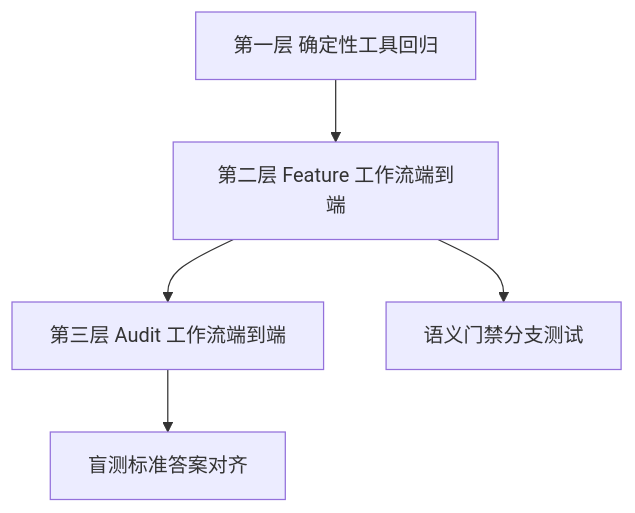
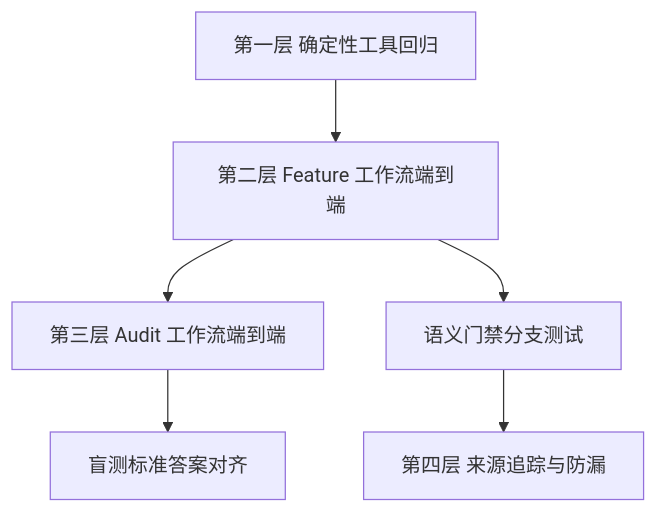
Before and after one commit to mickorz/spec-kit-workflow: the diagram in docs/ears-manual-testing.md, drawn with Mermaid. The commit also changed other lines of this file and 10 other files, not shown here.

````diff
--- a/docs/ears-manual-testing.md
+++ b/docs/ears-manual-testing.md
@@ -25,7 +26,8 @@
 ```mermaid
 flowchart TD
     A[第一层 确定性工具回归] --> B[第二层 Feature 工作流端到端]
     B --> C[第三层 Audit 工作流端到端]
     B --> D[语义门禁分支测试]
     C --> E[盲测标准答案对齐]
+    D --> F[第四层 来源追踪与防漏]
 ```
````
